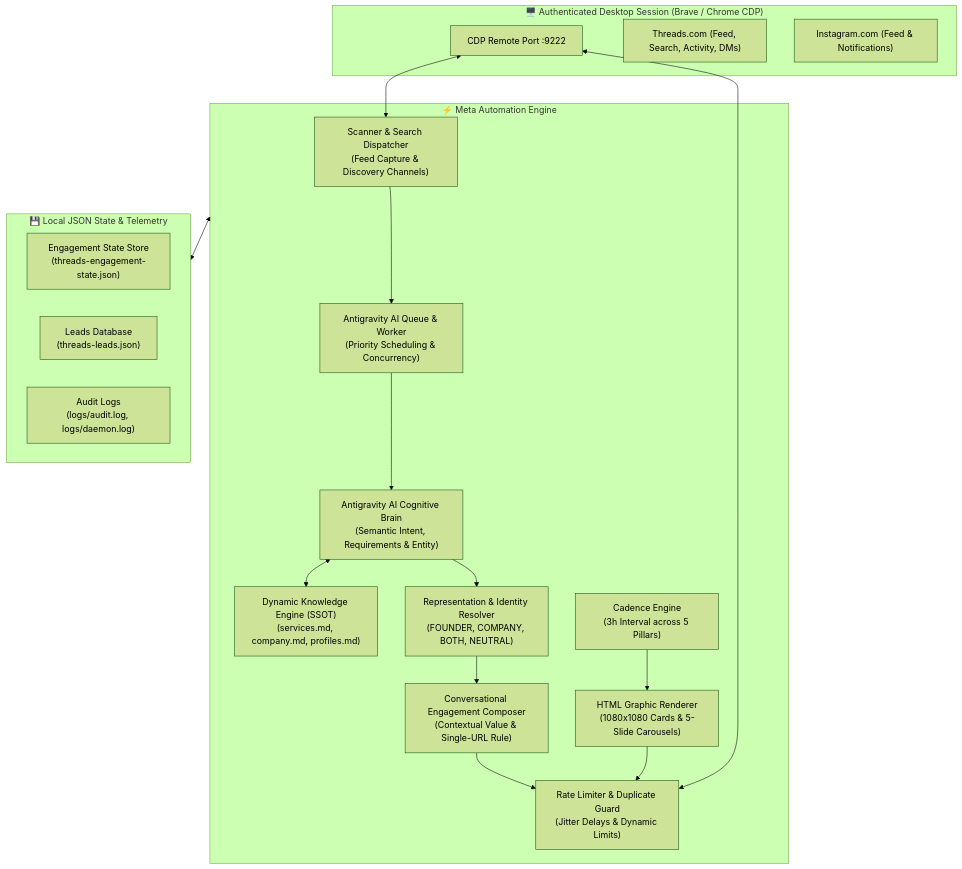
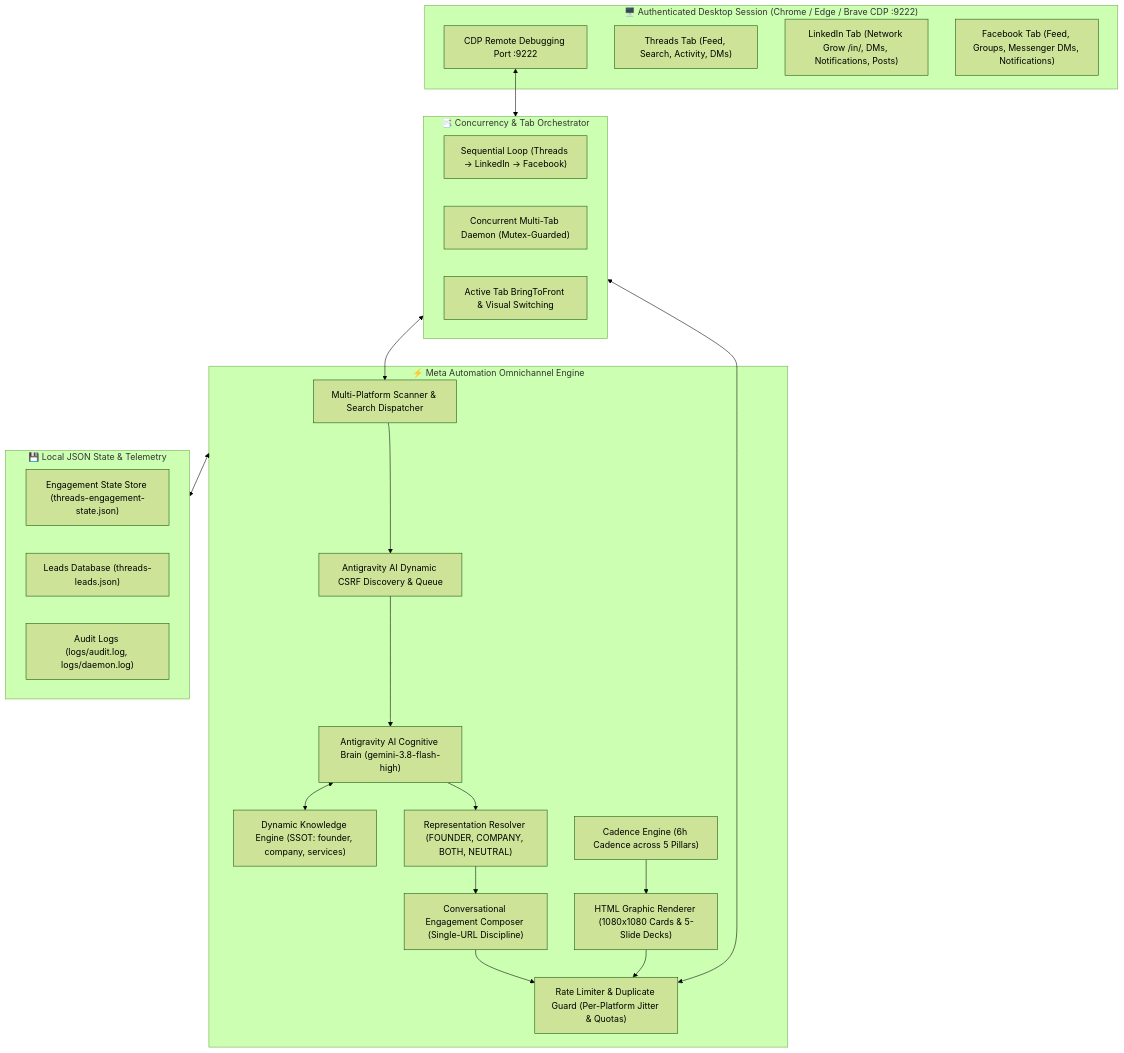
One commit to sunmughan/meta-automation changed the diagram in README.md. Above: the diagram before and after it, drawn with Mermaid (forest theme). The commit also changed other lines of this file, not shown here.

Commit message:
docs(readme): update comprehensive omnichannel documentation for v1.4.1

````diff
--- a/README.md
+++ b/README.md
@@ -81,38 +97,46 @@
 ```mermaid
 flowchart TB
-    subgraph Browser ["🖥️ Authenticated Desktop Session (Brave / Chrome CDP)"]
-        CDP["CDP Remote Port :9222"]
-        Threads["Threads.com (Feed, Search, Activity, DMs)"]
-        Instagram["Instagram.com (Feed & Notifications)"]
+    subgraph Browser ["🖥️ Authenticated Desktop Session (Chrome / Edge / Brave CDP :9222)"]
+        CDP["CDP Remote Debugging Port :9222"]
+        Threads["Threads Tab (Feed, Search, Activity, DMs)"]
+        LinkedIn["LinkedIn Tab (Network Grow /in/, DMs, Notifications, Posts)"]
+        Facebook["Facebook Tab (Feed, Groups, Messenger DMs, Notifications)"]
     end
 
-    subgraph CoreEngine ["⚡ Meta Automation Engine"]
-        Scanner["Scanner & Search Dispatcher<br/>(Feed Capture & Discovery Channels)"]
-        AiQueue["Antigravity AI Queue & Worker<br/>(Priority Scheduling & Concurrency)"]
-        AIBrain["Antigravity AI Cognitive Brain<br/>(Semantic Intent, Requirements & Entity)"]
-        Knowledge["Dynamic Knowledge Engine (SSOT)<br/>(services.md, company.md, profiles.md)"]
-        Identity["Representation & Identity Resolver<br/>(FOUNDER, COMPANY, BOTH, NEUTRAL)"]
-        Composer["Conversational Engagement Composer<br/>(Contextual Value & Single-URL Rule)"]
-        Renderer["HTML Graphic Renderer<br/>(1080x1080 Cards & 5-Slide Carousels)"]
-        Scheduler["Cadence Engine<br/>(3h Interval across 5 Pillars)"]
-        Safety["Rate Limiter & Duplicate Guard<br/>(Jitter Delays & Dynamic Limits)"]
+    subgraph MultiTabManager ["📑 Concurrency & Tab Orchestrator"]
+        ModeSeq["Sequential Loop (Threads -> LinkedIn -> Facebook)"]
+        ModeCon["Concurrent Multi-Tab Daemon (Mutex-Guarded)"]
+        TabFocus["Active Tab BringToFront & Visual Switching"]
+    end
+
+    subgraph CoreEngine ["⚡ Meta Automation Omnichannel Engine"]
+        Scanner["Multi-Platform Scanner & Search Dispatcher"]
+        AiQueue["Antigravity AI Dynamic CSRF Discovery & Queue"]
+        AIBrain["Antigravity AI Cognitive Brain (gemini-3.8-flash-high)"]
+        Knowledge["Dynamic Knowledge Engine (SSOT: founder, company, services)"]
+        Identity["Representation Resolver (FOUNDER, COMPANY, BOTH, NEUTRAL)"]
+        Composer["Conversational Engagement Composer (Single-URL Discipline)"]
+        Renderer["HTML Graphic Renderer (1080x1080 Cards & 5-Slide Decks)"]
+        Scheduler["Cadence Engine (6h Cadence across 5 Pillars)"]
+        Safety["Rate Limiter & Duplicate Guard (Per-Platform Jitter & Quotas)"]
     end
 
     subgraph StateStorage ["💾 Local JSON State & Telemetry"]
-        State["Engagement State Store<br/>(threads-engagement-state.json)"]
-        Leads["Leads Database<br/>(threads-leads.json)"]
-        Audit["Audit Logs<br/>(logs/audit.log, logs/daemon.log)"]
+        State["Engagement State Store (threads-engagement-state.json)"]
+        Leads["Leads Database (threads-leads.json)"]
+        Audit["Audit Logs (logs/audit.log, logs/daemon.log)"]
     end
 
-    CDP <--> Scanner
+    CDP <--> MultiTabManager
+    MultiTabManager <--> Scanner
     Scanner --> AiQueue
     AiQueue --> AIBrain
     AIBrain <--> Knowledge
     AIBrain --> Identity
     Identity --> Composer
     Composer --> Safety
     Scheduler --> Renderer
     Renderer --> Safety
-    Safety <--> CDP
+    Safety <--> MultiTabManager
     CoreEngine <--> StateStorage
 ```
````
